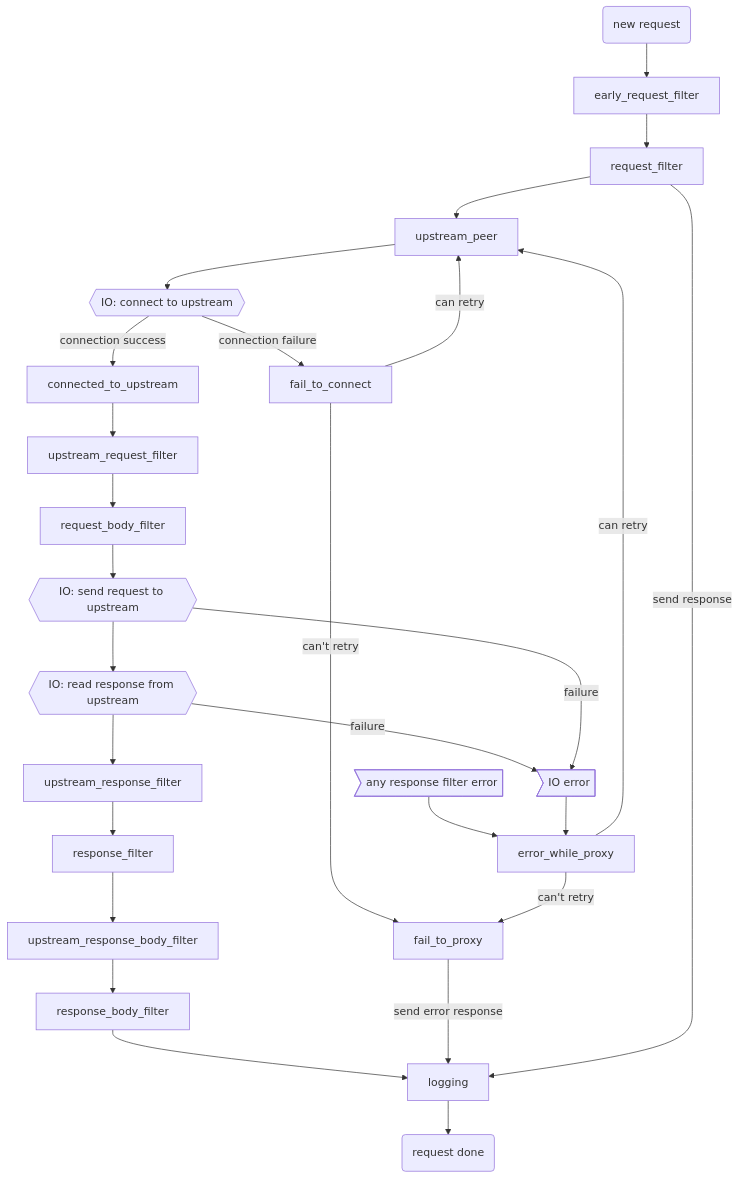
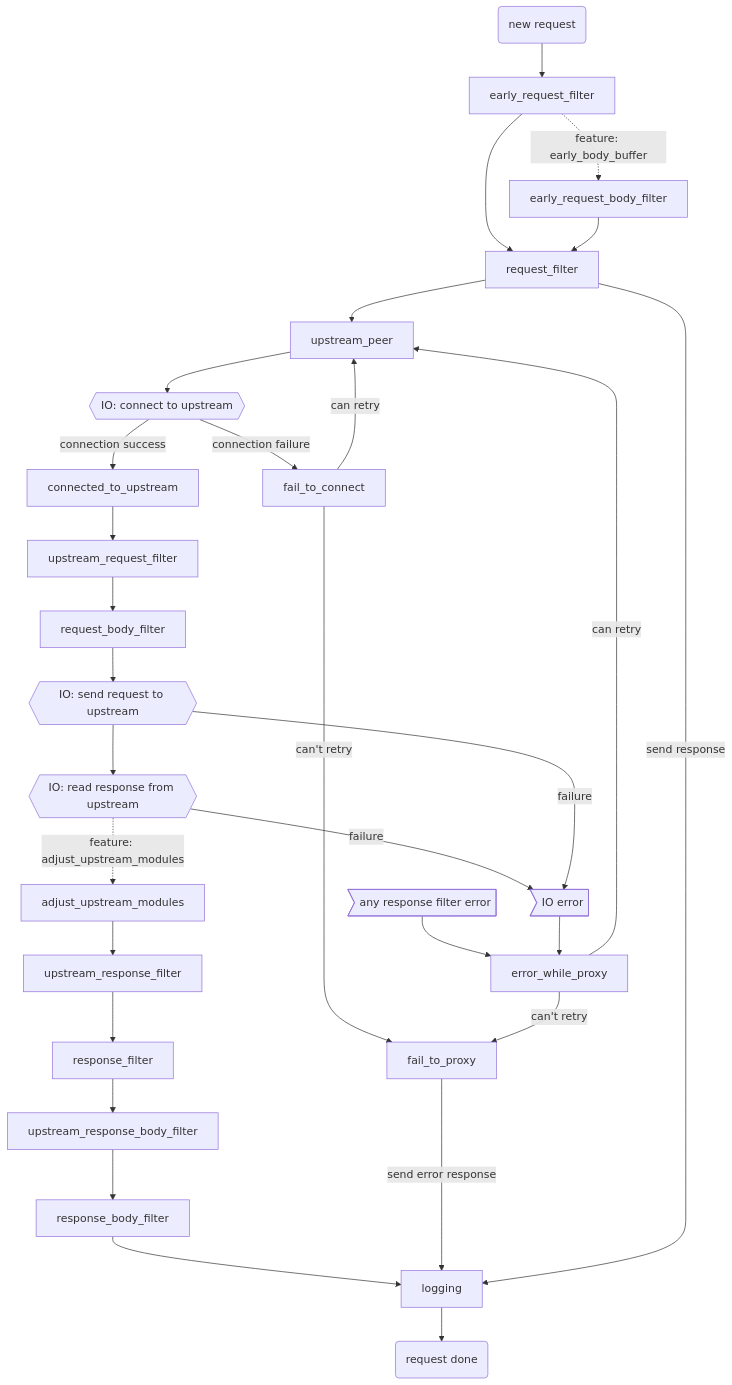
The diagram in docs/user_guide/phase.md (netbpf/bongonet), drawn with Mermaid before and after one commit. The commit also changed other lines of this file and 13 other files, not shown here.

````diff
--- a/docs/user_guide/phase.md
+++ b/docs/user_guide/phase.md
@@ -17,31 +18,34 @@
 ```mermaid
  graph TD;
     start("new request")-->early_request_filter;
     early_request_filter-->request_filter;
+    early_request_filter-.feature: early_body_buffer.->early_request_body_filter;
+    early_request_body_filter-->request_filter;
     request_filter-->upstream_peer;
 
     upstream_peer-->Connect{{IO: connect to upstream}};
 
     Connect--connection success-->connected_to_upstream;
     Connect--connection failure-->fail_to_connect;
 
     connected_to_upstream-->upstream_request_filter;
     upstream_request_filter --> request_body_filter;
     request_body_filter --> SendReq{{IO: send request to upstream}};
     SendReq-->RecvResp{{IO: read response from upstream}};
-    RecvResp-->upstream_response_filter-->response_filter-->upstream_response_body_filter-->response_body_filter-->logging-->endreq("request done");
+    RecvResp-.feature: adjust_upstream_modules.->adjust_upstream_modules;
+    adjust_upstream_modules-->upstream_response_filter-->response_filter-->upstream_response_body_filter-->response_body_filter-->logging-->endreq("request done");
 
     fail_to_connect --can retry-->upstream_peer;
     fail_to_connect --can't retry-->fail_to_proxy--send error response-->logging;
 
     RecvResp--failure-->IOFailure;
     SendReq--failure-->IOFailure;
     error_while_proxy--can retry-->upstream_peer;
     error_while_proxy--can't retry-->fail_to_proxy;
 
     request_filter --send response-->logging
 
 
     Error>any response filter error]-->error_while_proxy
     IOFailure>IO error]-->error_while_proxy
 ```
````
